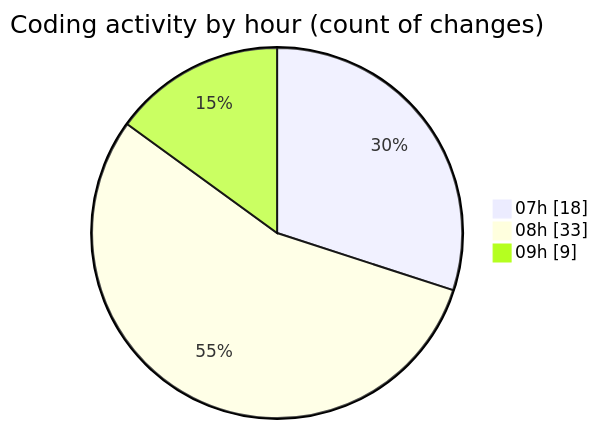
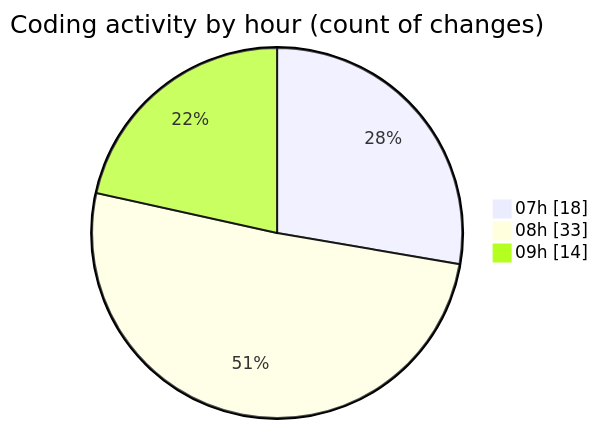
The second of 2 diagrams in 2025-02-03/mbc-web/README.md (robertbonfada/code-tracking), drawn with Mermaid before and after one commit. The commit also changed other lines of this file and 1 other file, not shown here.

````diff
--- a/2025-02-03/mbc-web/README.md
+++ b/2025-02-03/mbc-web/README.md
@@ -38,7 +38,7 @@
 ```mermaid
 pie showData
 title Coding activity by hour (count of changes)
 "07h" : 18
 "08h" : 33
-"09h" : 9
+"09h" : 14
 ```
````
